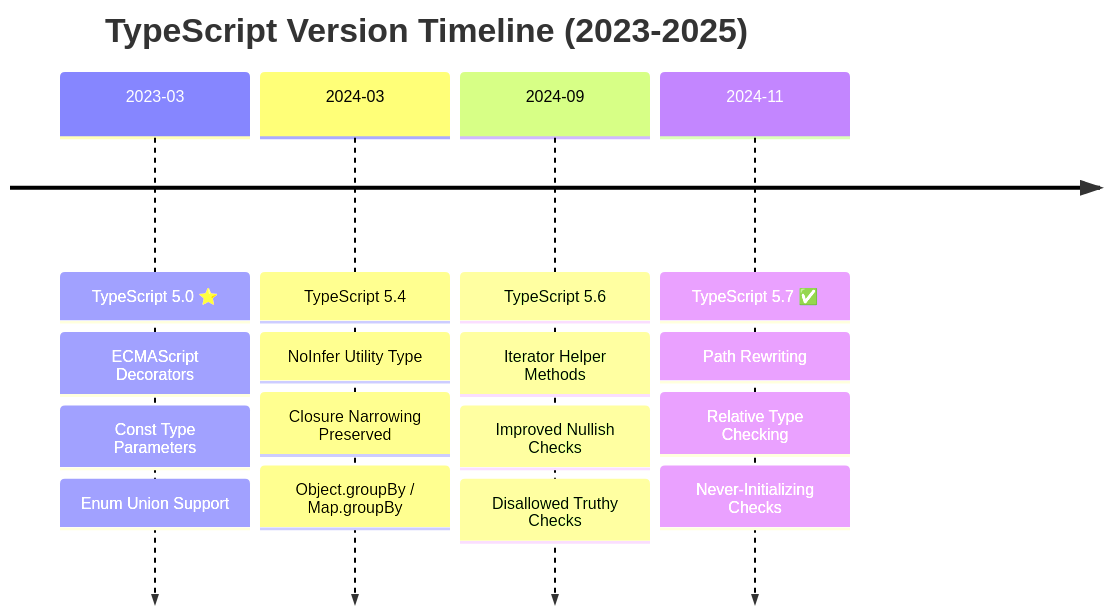
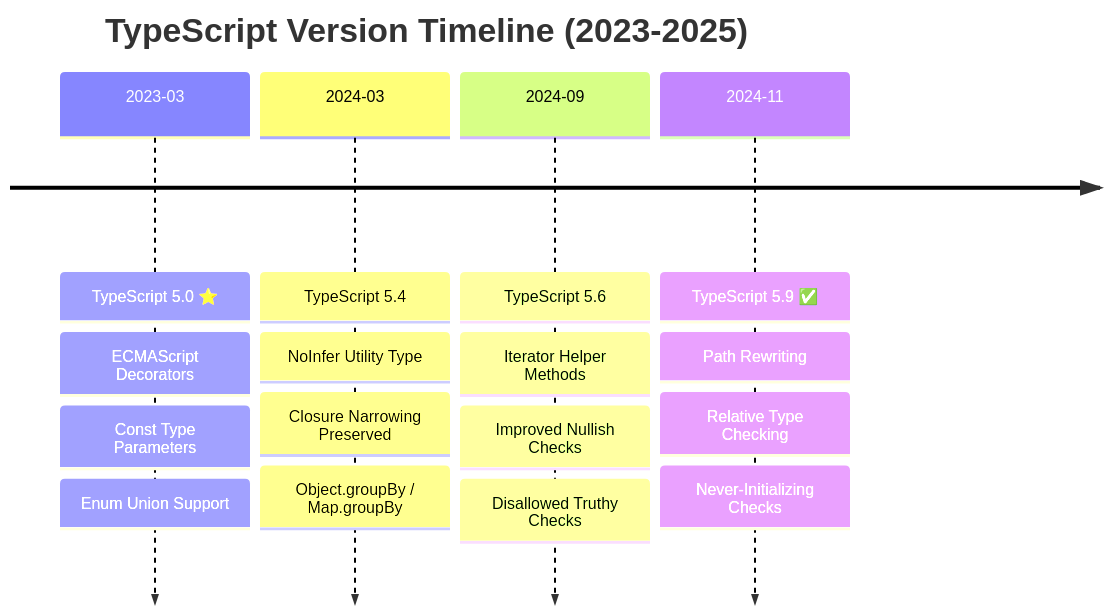
Before and after one commit to wahidyankf/open-sharia-enterprise: the diagram in docs/explanation/software/stack-lang/typescript/README.md, drawn with Mermaid. The commit also changed other lines of this file and 92 other files, not shown here.

````diff
--- a/docs/explanation/software/stack-lang/typescript/README.md
+++ b/docs/explanation/software/stack-lang/typescript/README.md
@@ -62,20 +62,20 @@
 ```mermaid
 timeline
     title TypeScript Version Timeline (2023-2025)
     2023-03 : TypeScript 5.0 ⭐
             : ECMAScript Decorators
             : Const Type Parameters
             : Enum Union Support
     2024-03 : TypeScript 5.4
             : NoInfer Utility Type
             : Closure Narrowing Preserved
             : Object.groupBy / Map.groupBy
     2024-09 : TypeScript 5.6
             : Iterator Helper Methods
             : Improved Nullish Checks
             : Disallowed Truthy Checks
-    2024-11 : TypeScript 5.7 ✅
+    2024-11 : TypeScript 5.9 ✅
             : Path Rewriting
             : Relative Type Checking
             : Never-Initializing Checks
 ```
````
